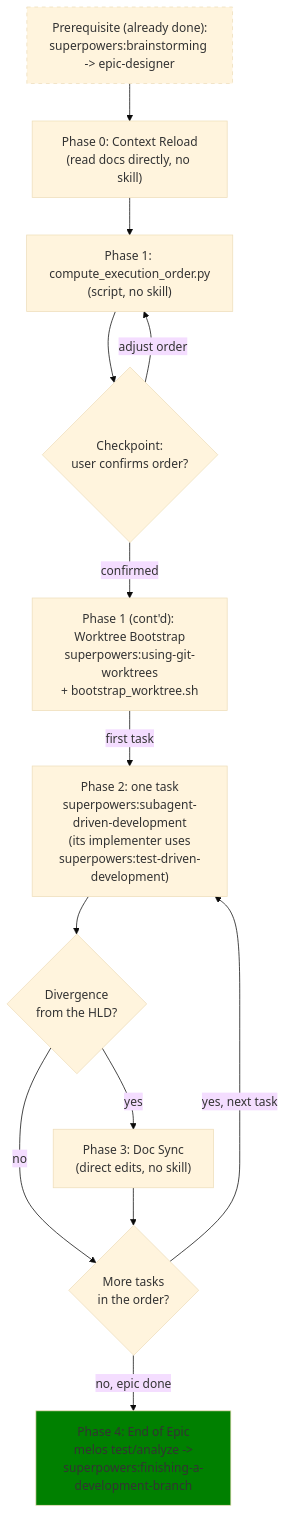
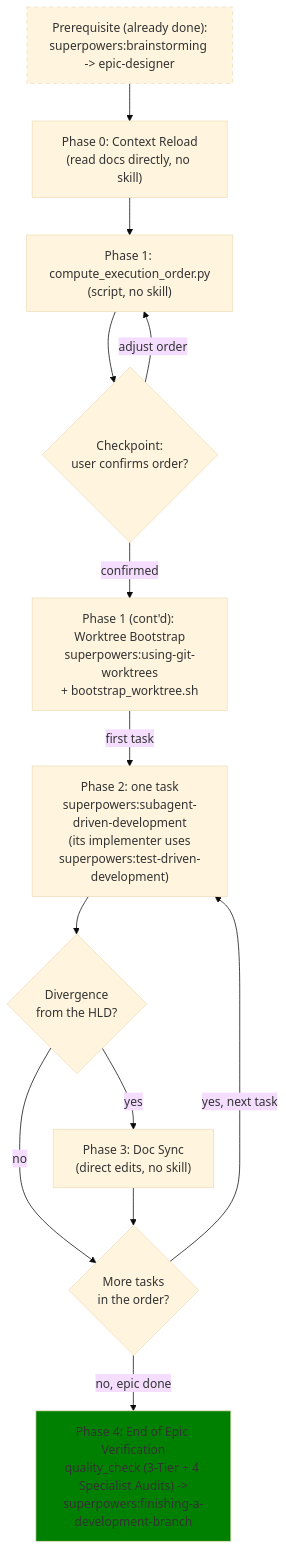
The first of 2 diagrams in .agents/skills/epic-implementation/SKILL.md (DanhDue/android_digital_wallet), drawn with Mermaid (base theme) before and after one commit. The commit also changed other lines of this file and 12 other files, not shown here.

Commit message:
feat(governance): add 4 modular category audit skills, quality_check orchestrator, and epic lifecycle docs

````diff
--- a/.agents/skills/epic-implementation/SKILL.md
+++ b/.agents/skills/epic-implementation/SKILL.md
@@ -40,29 +40,29 @@
 ```mermaid
 flowchart TB
     prereq["Prerequisite (already done):\nsuperpowers:brainstorming -> epic-designer"]
     style prereq stroke-dasharray: 5 5
     
     phase0["Phase 0: Context Reload\n(read docs directly, no skill)"]
     phase1a["Phase 1: compute_execution_order.py\n(script, no skill)"]
     checkpoint{"Checkpoint:\nuser confirms order?"}
     phase1b["Phase 1 (cont'd): Worktree Bootstrap\nsuperpowers:using-git-worktrees\n+ bootstrap_worktree.sh"]
     phase2["Phase 2: one task\nsuperpowers:subagent-driven-development\n(its implementer uses\nsuperpowers:test-driven-development)"]
     diverged{"Divergence\nfrom the HLD?"}
     phase3["Phase 3: Doc Sync\n(direct edits, no skill)"]
     moretasks{"More tasks\nin the order?"}
-    phase4["Phase 4: End of Epic\nmelos test/analyze ->\nsuperpowers:finishing-a-development-branch"]
+    phase4["Phase 4: End of Epic Verification\nquality_check (3-Tier + 4 Specialist Audits) ->\nsuperpowers:finishing-a-development-branch"]
     style phase4 fill:green
 
     prereq --> phase0
     phase0 --> phase1a
     phase1a --> checkpoint
     checkpoint -- "adjust order" --> phase1a
     checkpoint -- "confirmed" --> phase1b
     phase1b -- "first task" --> phase2
     phase2 --> diverged
     diverged -- "yes" --> phase3
     diverged -- "no" --> moretasks
     phase3 --> moretasks
     moretasks -- "yes, next task" --> phase2
     moretasks -- "no, epic done" --> phase4
 ```
````
